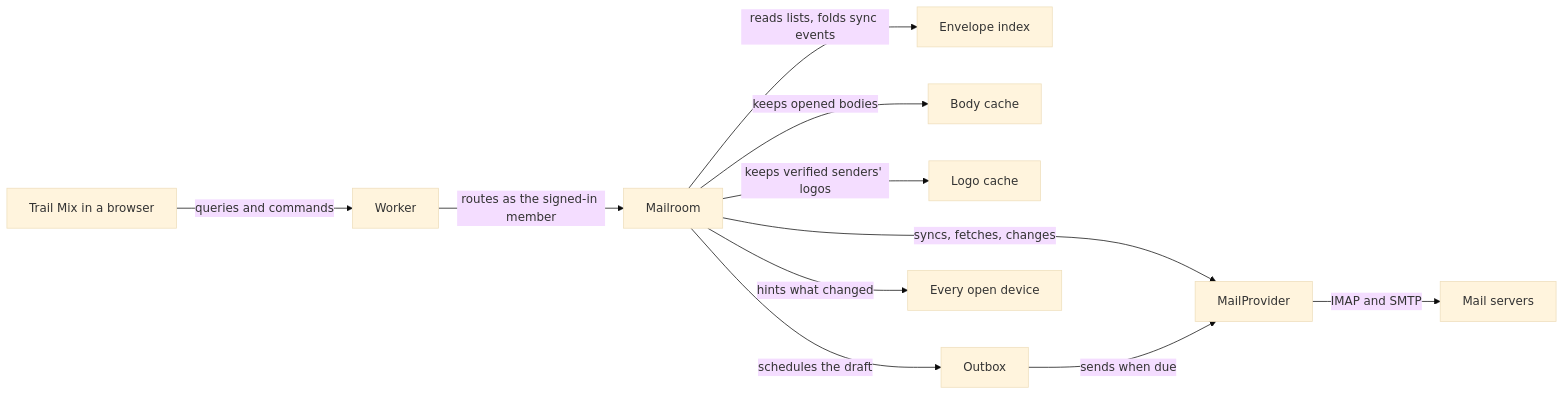
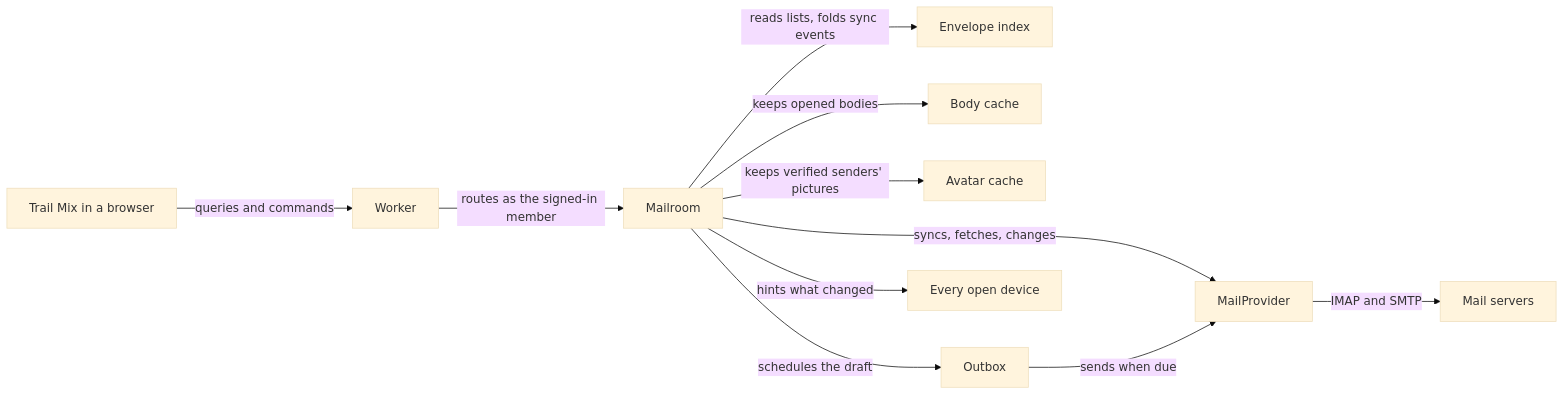
Before and after one commit to lostintangent/trail-mix: the diagram in AGENTS.md, drawn with Mermaid (base theme). The commit also changed other lines of this file and 22 other files, not shown here.

````diff
--- a/AGENTS.md
+++ b/AGENTS.md
@@ -11,13 +11,13 @@
 ```mermaid
 flowchart LR
   Browser[Trail Mix in a browser] -->|queries and commands| Worker
   Worker -->|routes as the signed-in member| Mailroom
   Mailroom -->|reads lists, folds sync events| Index[Envelope index]
   Mailroom -->|keeps opened bodies| Bodies[Body cache]
-  Mailroom -->|keeps verified senders' logos| Logos[Logo cache]
+  Mailroom -->|keeps verified senders' pictures| Avatars[Avatar cache]
   Mailroom -->|schedules the draft| Outbox
   Mailroom -->|syncs, fetches, changes| Provider[MailProvider]
   Outbox -->|sends when due| Provider
   Provider -->|IMAP and SMTP| Servers[Mail servers]
   Mailroom -->|hints what changed| Devices[Every open device]
 ```
````
